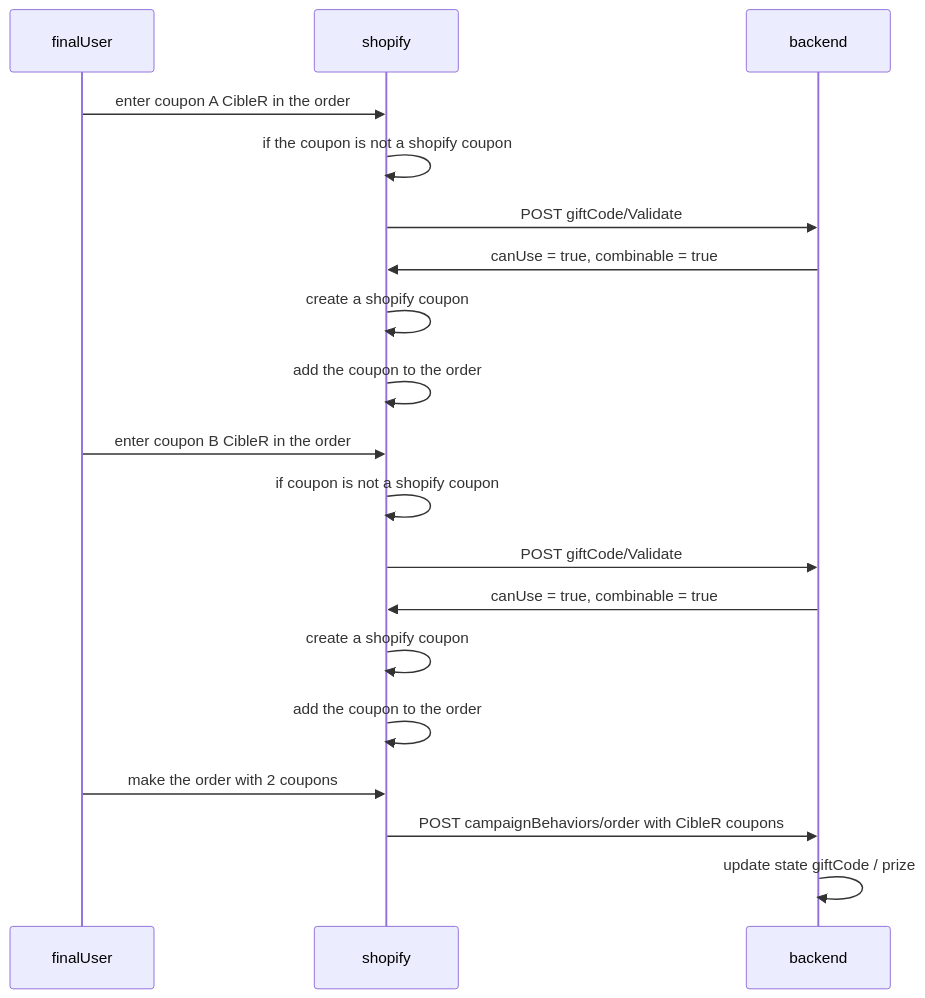
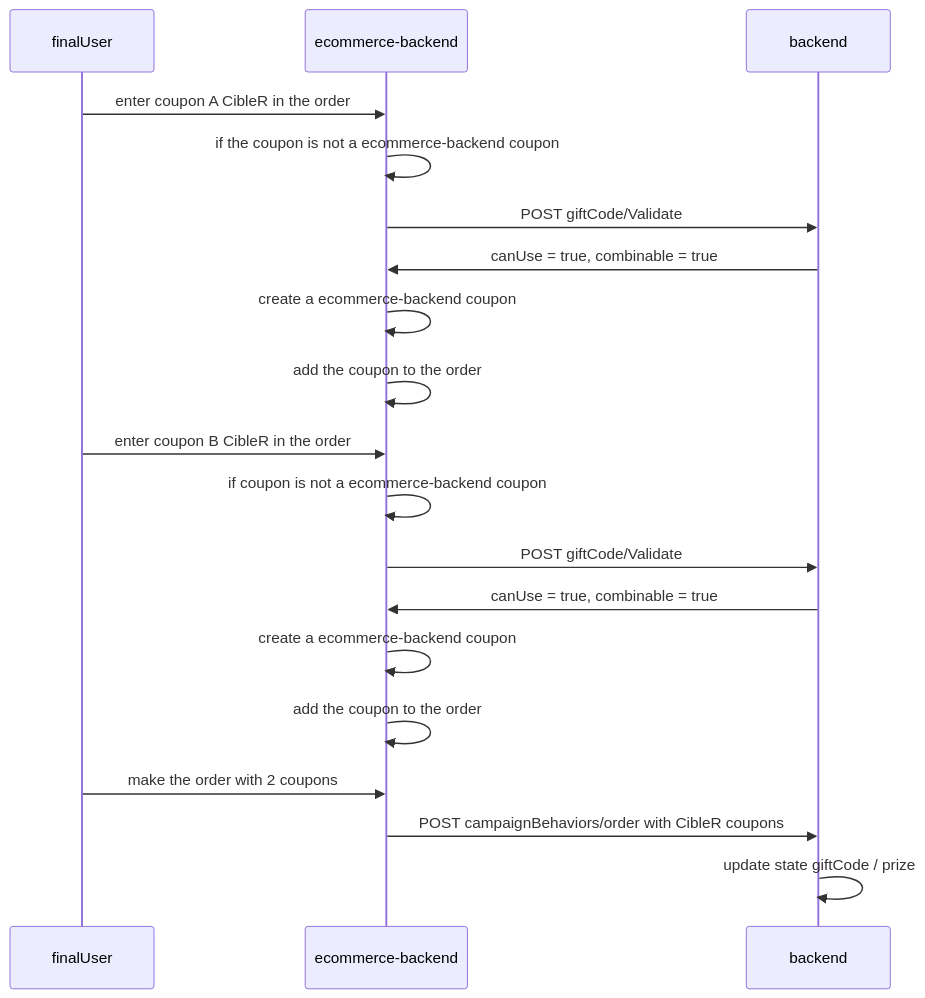
The second of 4 diagrams in _posts/2022-10-04-order-full-documentation.md (hushy/cibler-doc), drawn with Mermaid before and after one commit. The commit also changed other lines of this file and 2 other files, not shown here.

````diff
--- a/_posts/2022-10-04-order-full-documentation.md
+++ b/_posts/2022-10-04-order-full-documentation.md
@@ -108,18 +121,18 @@
  ```mermaid
  sequenceDiagram
- finalUser->>shopify: enter coupon A CibleR in the order
- shopify->>shopify: if the coupon is not a shopify coupon
- shopify->>backend : POST giftCode/Validate
- backend->>shopify : canUse = true, combinable = true
- shopify->>shopify : create a shopify coupon
- shopify->>shopify : add the coupon to the order
- finalUser->>shopify: enter coupon B CibleR in the order
- shopify->>shopify: if coupon is not a shopify coupon
- shopify->>backend : POST giftCode/Validate
- backend->>shopify : canUse = true, combinable = true
- shopify->>shopify : create a shopify coupon
- shopify->>shopify : add the coupon to the order
- finalUser->>shopify : make the order with 2 coupons
- shopify->>backend : POST campaignBehaviors/order with CibleR coupons
+ finalUser->>ecommerce-backend: enter coupon A CibleR in the order
+ ecommerce-backend->>ecommerce-backend: if the coupon is not a ecommerce-backend coupon
+ ecommerce-backend->>backend : POST giftCode/Validate
+ backend->>ecommerce-backend : canUse = true, combinable = true
+ ecommerce-backend->>ecommerce-backend : create a ecommerce-backend coupon
+ ecommerce-backend->>ecommerce-backend : add the coupon to the order
+ finalUser->>ecommerce-backend: enter coupon B CibleR in the order
+ ecommerce-backend->>ecommerce-backend: if coupon is not a ecommerce-backend coupon
+ ecommerce-backend->>backend : POST giftCode/Validate
+ backend->>ecommerce-backend : canUse = true, combinable = true
+ ecommerce-backend->>ecommerce-backend : create a ecommerce-backend coupon
+ ecommerce-backend->>ecommerce-backend : add the coupon to the order
+ finalUser->>ecommerce-backend : make the order with 2 coupons
+ ecommerce-backend->>backend : POST campaignBehaviors/order with CibleR coupons
  backend->>backend : update state giftCode / prize
  ```
````
